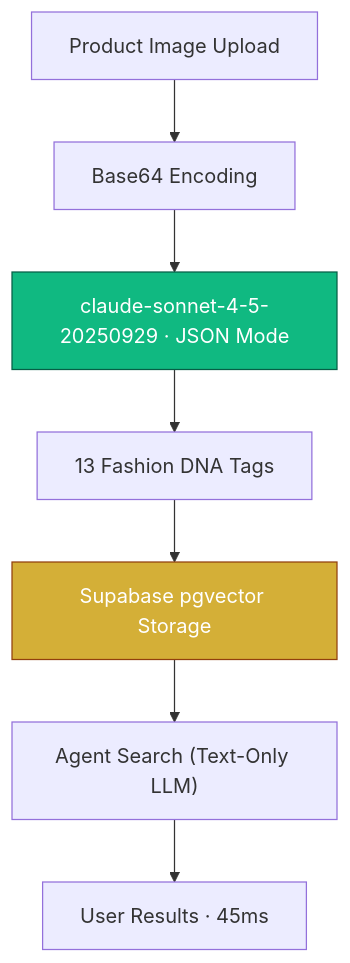
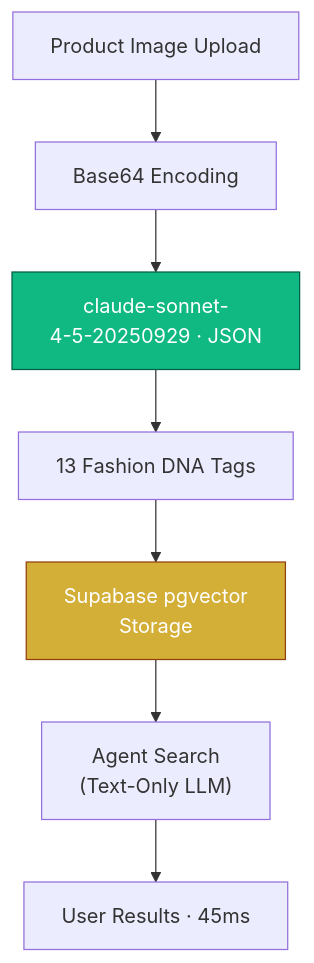
Before and after one commit to yunsupj/SmartWorkLab: the diagram in content/lab/en/vlm-cost-optimization.mdx, drawn with Mermaid. The commit also changed other lines of this file and 3 other files, not shown here.

````diff
--- a/content/lab/en/vlm-cost-optimization.mdx
+++ b/content/lab/en/vlm-cost-optimization.mdx
@@ -69,11 +70,11 @@
 ```mermaid
 graph TD
     A[Product Image Upload] --> B[Base64 Encoding]
-    B --> C["claude-sonnet-4-5-20250929 · JSON Mode"]
+    B --> C["claude-sonnet-<br/>4-5-20250929 · JSON"]
     C --> D[13 Fashion DNA Tags]
-    D --> E[Supabase pgvector Storage]
-    E --> F["Agent Search (Text-Only LLM)"]
+    D --> E["Supabase pgvector<br/>Storage"]
+    E --> F["Agent Search<br/>(Text-Only LLM)"]
     F --> G[User Results · 45ms]
     style C fill:#10b981,stroke:#065f46,color:#fff
     style E fill:#d4af37,stroke:#92400e,color:#fff
 ```
````
